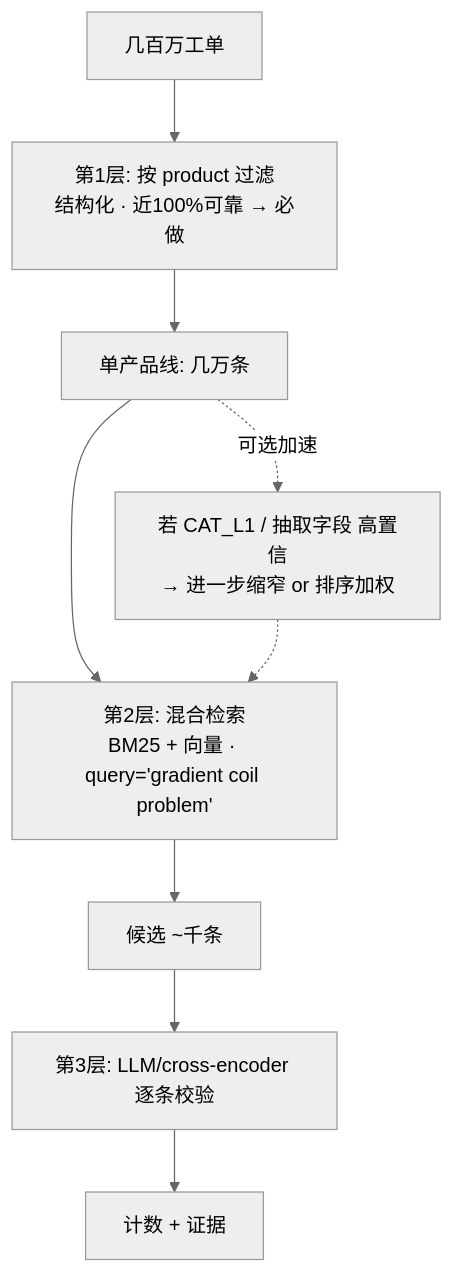
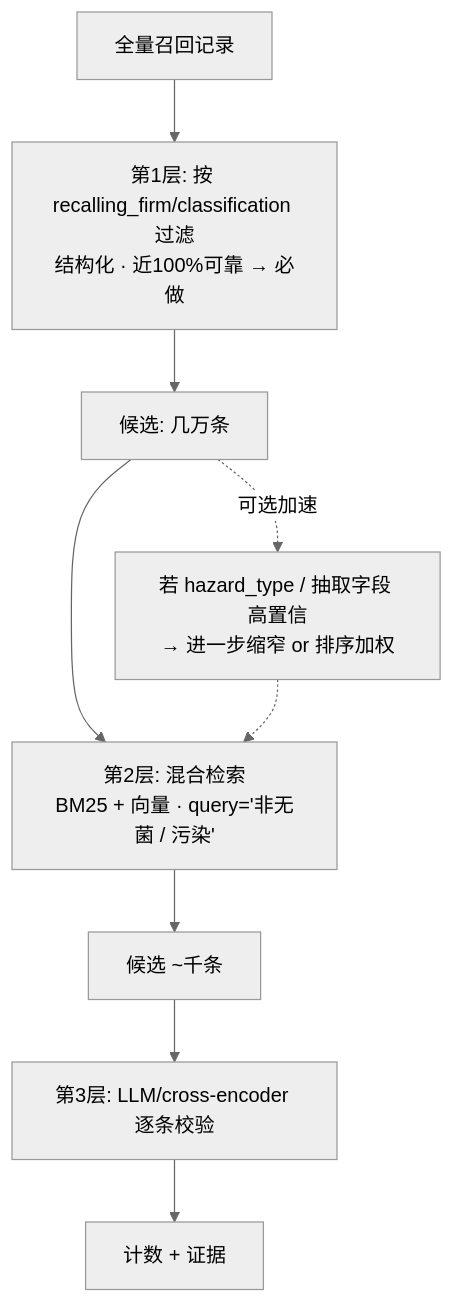
Before and after one commit to Wmx-5Percent/FDAgent: the second of 4 diagrams in 频率查询系统设计-过滤检索校验.md, drawn with Mermaid (neutral theme). The commit also changed other lines of this file and 4 other files, not shown here.

````diff
--- a/频率查询系统设计-过滤检索校验.md
+++ b/频率查询系统设计-过滤检索校验.md
@@ -107,12 +107,12 @@
 ```mermaid
 flowchart TD
-    A[几百万工单] --> B[第1层: 按 product 过滤<br/>结构化 · 近100%可靠 → 必做]
-    B --> C[单产品线: 几万条]
-    C --> D[第2层: 混合检索<br/>BM25 + 向量 · query='gradient coil problem']
+    A[全量召回记录] --> B[第1层: 按 recalling_firm/classification 过滤<br/>结构化 · 近100%可靠 → 必做]
+    B --> C[候选: 几万条]
+    C --> D[第2层: 混合检索<br/>BM25 + 向量 · query='非无菌 / 污染']
     D --> E[候选 ~千条]
     E --> F[第3层: LLM/cross-encoder 逐条校验]
     F --> G[计数 + 证据]
 
-    C -.可选加速.-> H[若 CAT_L1 / 抽取字段 高置信<br/>→ 进一步缩窄 or 排序加权]
+    C -.可选加速.-> H[若 hazard_type / 抽取字段 高置信<br/>→ 进一步缩窄 or 排序加权]
     H -.-> D
 ```
````
